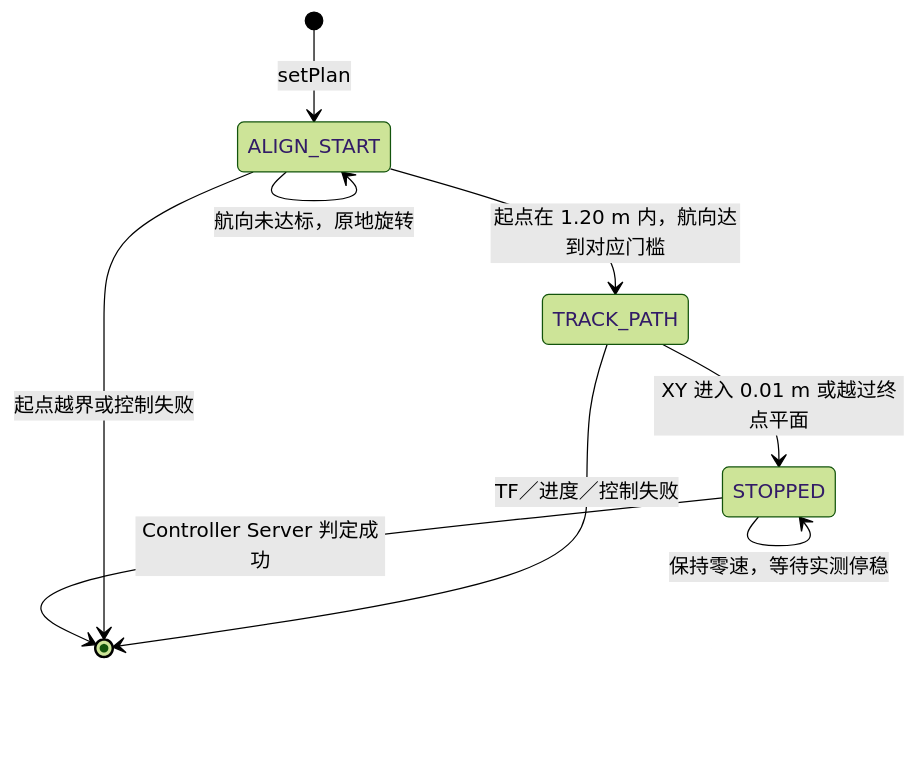
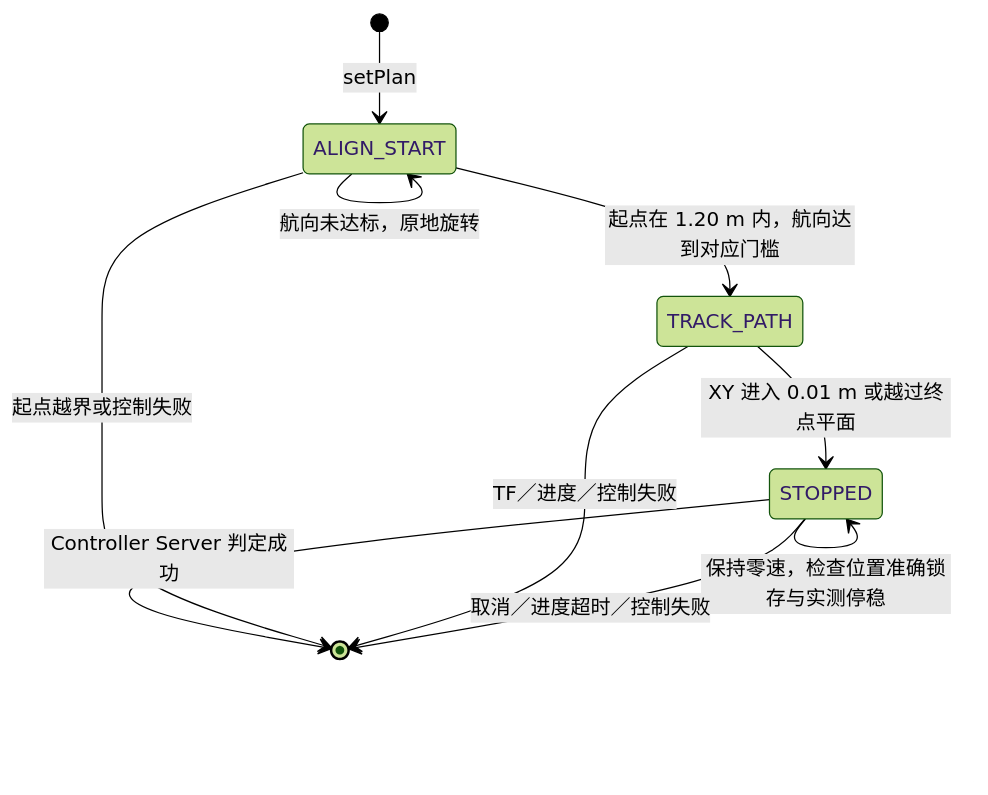
One commit to sniperfqh/mynavigation2 changed the third of 4 diagrams in nav2_regulated_modules/doc/fixed_path_architecture.md. Above: the diagram before and after it, drawn with Mermaid (forest theme). The commit also changed other lines of this file and 1 other file, not shown here.

````diff
--- a/nav2_regulated_modules/doc/fixed_path_architecture.md
+++ b/nav2_regulated_modules/doc/fixed_path_architecture.md
@@ -118,11 +120,12 @@
 ```mermaid
 stateDiagram-v2
   [*] --> ALIGN_START: setPlan
   ALIGN_START --> TRACK_PATH: 起点在 1.20 m 内，航向达到对应门槛
   ALIGN_START --> ALIGN_START: 航向未达标，原地旋转
   TRACK_PATH --> STOPPED: XY 进入 0.01 m 或越过终点平面
-  STOPPED --> STOPPED: 保持零速，等待实测停稳
+  STOPPED --> STOPPED: 保持零速，检查位置准确锁存与实测停稳
   STOPPED --> [*]: Controller Server 判定成功
   ALIGN_START --> [*]: 起点越界或控制失败
   TRACK_PATH --> [*]: TF／进度／控制失败
+  STOPPED --> [*]: 取消／进度超时／控制失败
 ```
````
